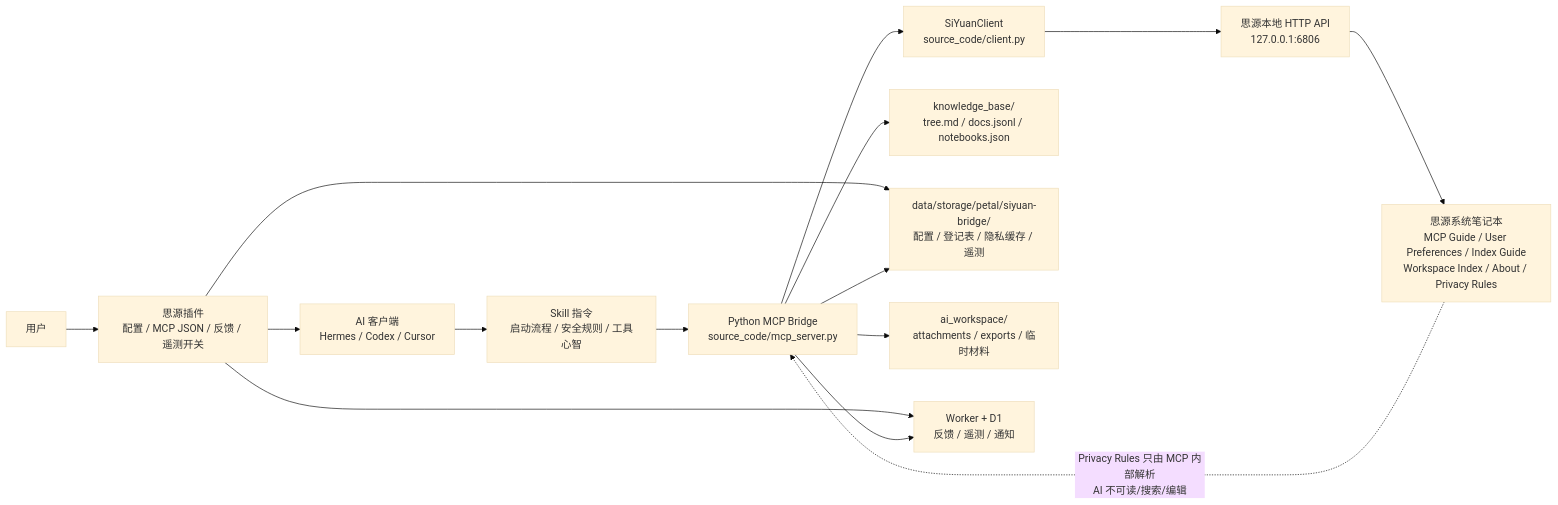
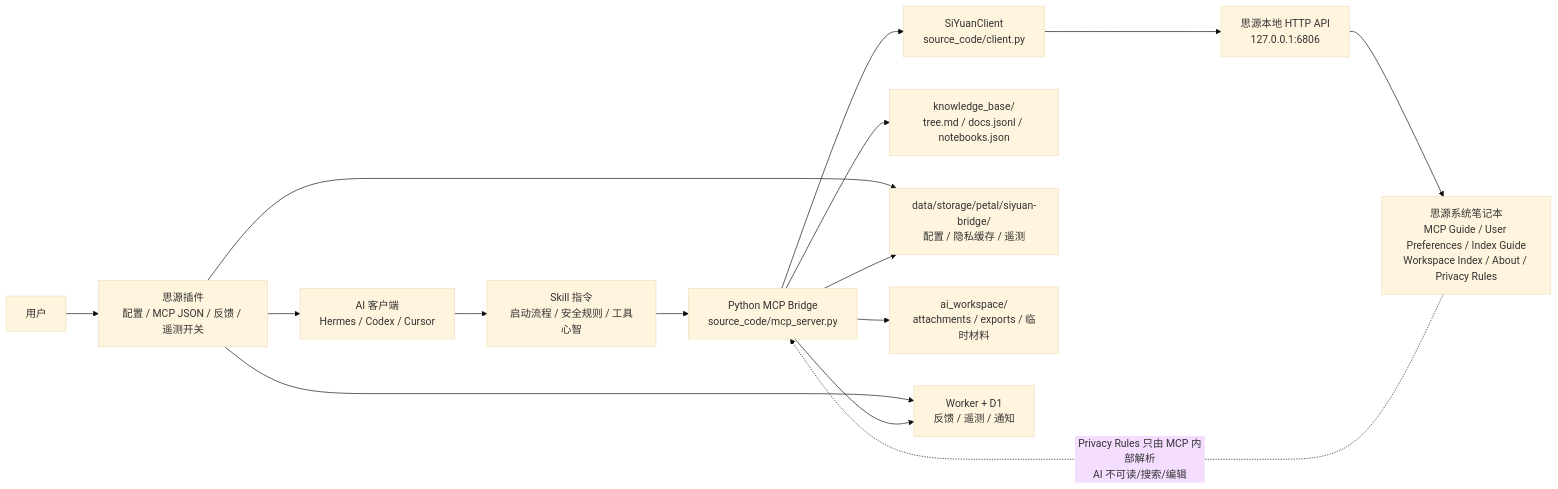
One commit to alone-tree/siyuan-bridge changed the diagram in docs/ARCHITECTURE.md. Above: the diagram before and after it, drawn with Mermaid (base theme). The commit also changed other lines of this file and 22 other files, not shown here.

````diff
--- a/docs/ARCHITECTURE.md
+++ b/docs/ARCHITECTURE.md
@@ -10,31 +10,31 @@
 ```mermaid
 flowchart LR
   User["用户"]
   Plugin["思源插件\n配置 / MCP JSON / 反馈 / 遥测开关"]
   AI["AI 客户端\nHermes / Codex / Cursor"]
   Skill["Skill 指令\n启动流程 / 安全规则 / 工具心智"]
   MCP["Python MCP Bridge\nsource_code/mcp_server.py"]
   Client["SiYuanClient\nsource_code/client.py"]
   SiYuan["思源本地 HTTP API\n127.0.0.1:6806"]
   SystemNotebook["思源系统笔记本\nMCP Guide / User Preferences / Index Guide\nWorkspace Index / About / Privacy Rules"]
   KB["knowledge_base/\ntree.md / docs.jsonl / notebooks.json"]
-  Petal["data/storage/petal/siyuan-bridge/\n配置 / 登记表 / 隐私缓存 / 遥测"]
+  Petal["data/storage/petal/siyuan-bridge/\n配置 / 隐私缓存 / 遥测"]
   Workspace["ai_workspace/\nattachments / exports / 临时材料"]
   Worker["Worker + D1\n反馈 / 遥测 / 通知"]
 
   User --> Plugin
   Plugin --> AI
   Plugin --> Worker
   AI --> Skill
   Skill --> MCP
   MCP --> Client
   Client --> SiYuan
   SiYuan --> SystemNotebook
   Plugin --> Petal
   MCP --> Petal
   MCP --> KB
   MCP --> Workspace
   MCP --> Worker
 
   SystemNotebook -. "Privacy Rules 只由 MCP 内部解析\nAI 不可读/搜索/编辑" .-> MCP
 ```
````
